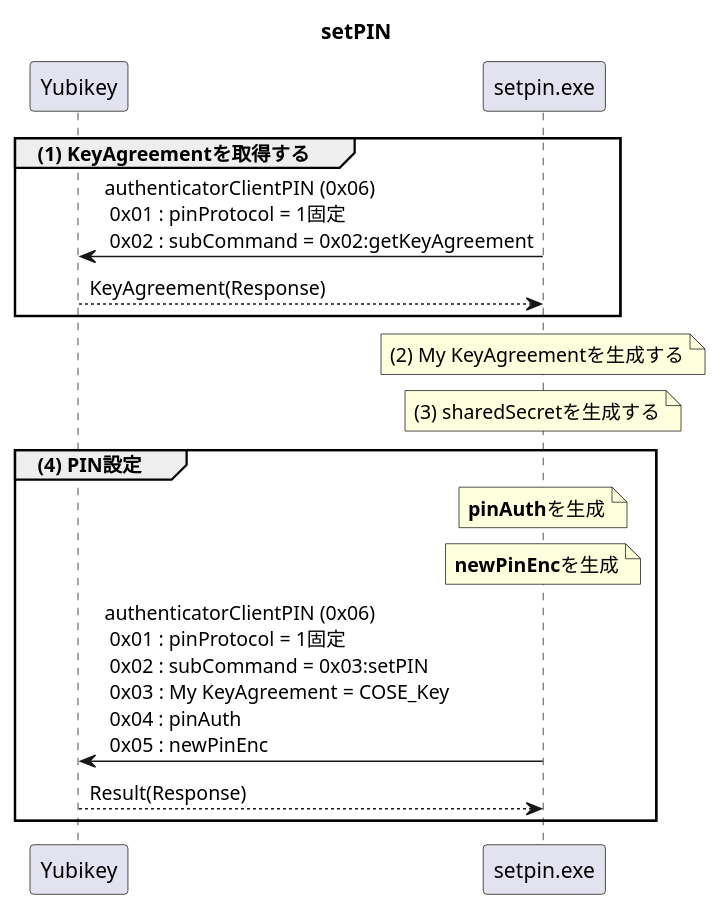
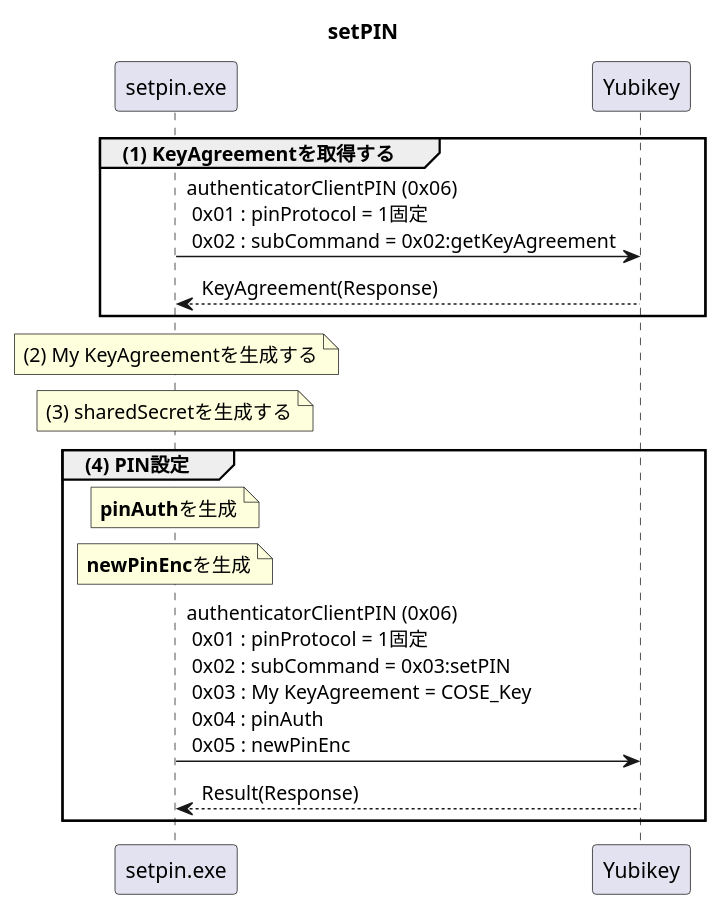
Before and after one commit to gebogebogebo/libfido2: the diagram in pu/setpin.pu, drawn with PlantUML. The commit also changed other lines of this file and 1 other file, not shown here.

```diff
--- a/pu/setpin.pu
+++ b/pu/setpin.pu
@@ -1,25 +1,25 @@
 @startuml
 title setPIN
 'hide footbox
 
+participant "setpin.exe" as exe
 participant "Yubikey" as Yubikey
-participant "setpin.exe" as exe
 
 group (1) KeyAgreementを取得する
     Yubikey <- exe : authenticatorClientPIN (0x06)\n 0x01 : pinProtocol = 1固定\n 0x02 : subCommand = 0x02:getKeyAgreement
     Yubikey --> exe : KeyAgreement(Response)
 end
 
 note over exe:(2) My KeyAgreementを生成する
 
 note over exe:(3) sharedSecretを生成する
 
 group (4) PIN設定
     note over exe:**pinAuth**を生成
     note over exe:**newPinEnc**を生成
 
     Yubikey <- exe : authenticatorClientPIN (0x06)\n 0x01 : pinProtocol = 1固定\n 0x02 : subCommand = 0x03:setPIN\n 0x03 : My KeyAgreement = COSE_Key\n 0x04 : pinAuth\n 0x05 : newPinEnc
     Yubikey --> exe : Result(Response)
 end
 
 @enduml
```
